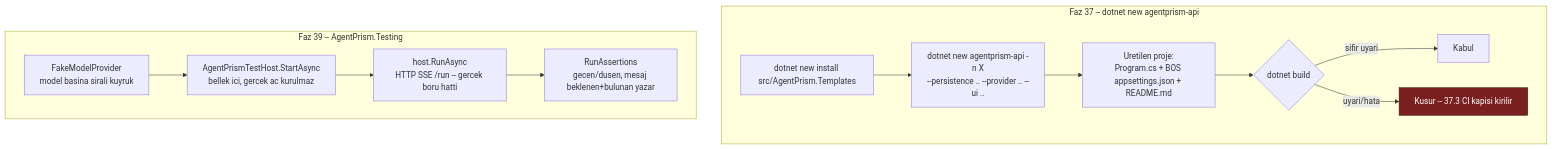
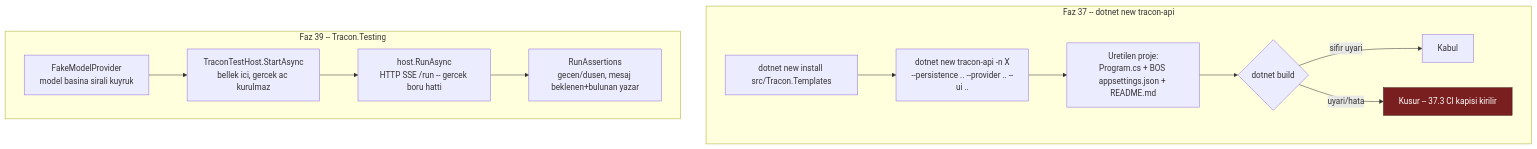
Before and after one commit to farukatasoy/Tracon: the diagram in docs/manuel-test/24-TEST-PAKETI-VE-SABLON.md, drawn with Mermaid. The commit also changed other lines of this file and 4535 other files, not shown here.

````diff
--- a/docs/manuel-test/24-TEST-PAKETI-VE-SABLON.md
+++ b/docs/manuel-test/24-TEST-PAKETI-VE-SABLON.md
@@ -44,19 +44,19 @@
 ```mermaid
 flowchart TD
-    subgraph Sablon["Faz 37 -- dotnet new agentprism-api"]
-        A["dotnet new install src/AgentPrism.Templates"] --> B["dotnet new agentprism-api -n X<br/>--persistence .. --provider .. --ui .."]
+    subgraph Sablon["Faz 37 -- dotnet new tracon-api"]
+        A["dotnet new install src/Tracon.Templates"] --> B["dotnet new tracon-api -n X<br/>--persistence .. --provider .. --ui .."]
         B --> C["Uretilen proje:<br/>Program.cs + BOS appsettings.json + README.md"]
         C --> D{"dotnet build"}
         D -->|sifir uyari| E["Kabul"]
         D -->|uyari/hata| F["Kusur -- 37.3 CI kapisi kirilir"]
     end
 
-    subgraph Test["Faz 39 -- AgentPrism.Testing"]
-        G["FakeModelProvider<br/>model basina sirali kuyruk"] --> H["AgentPrismTestHost.StartAsync<br/>bellek ici, gercek ac kurulmaz"]
+    subgraph Test["Faz 39 -- Tracon.Testing"]
+        G["FakeModelProvider<br/>model basina sirali kuyruk"] --> H["TraconTestHost.StartAsync<br/>bellek ici, gercek ac kurulmaz"]
         H --> I["host.RunAsync<br/>HTTP SSE /run -- gercek boru hatti"]
         I --> J["RunAssertions<br/>gecen/dusen, mesaj beklenen+bulunan yazar"]
     end
 
     classDef red fill:#7a1f1f,stroke:#3d0f0f,color:#ffffff
     class F red
 ```
````
